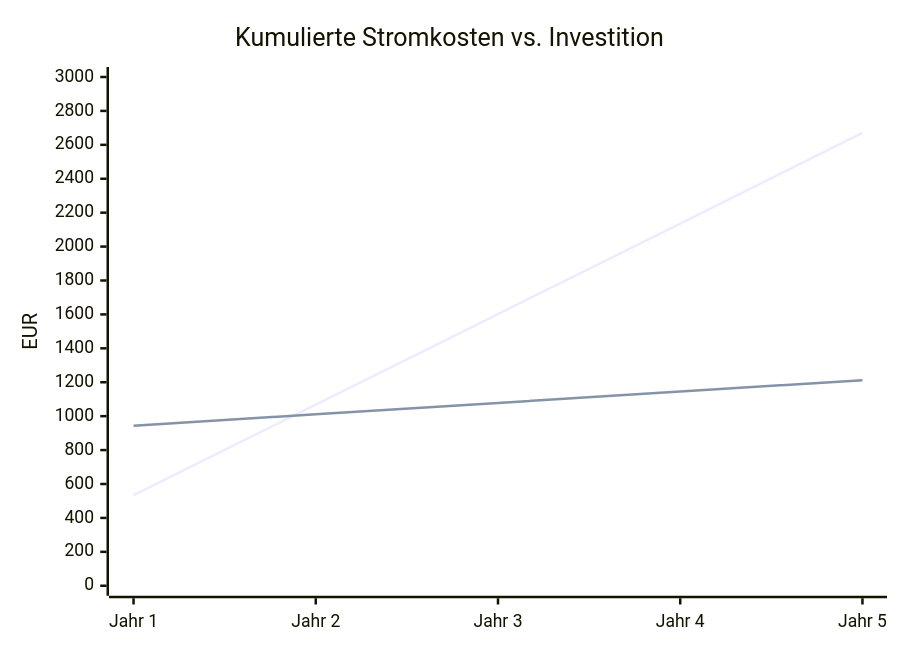
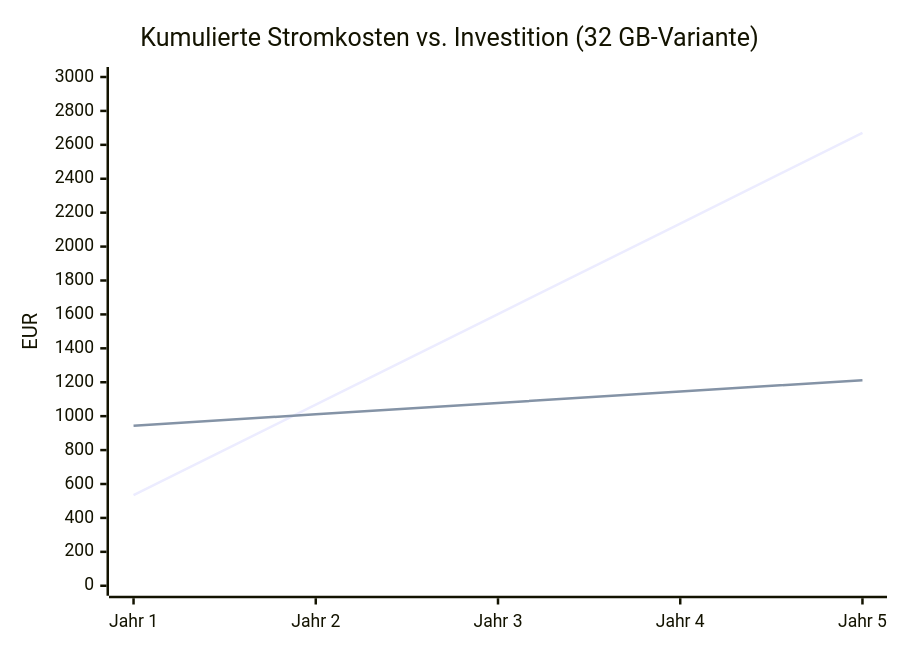
One commit to icepaule/esxi2proxmox changed the fourth of 10 diagrams in docs/05-einsparungen.md. Above: the diagram before and after it, drawn with Mermaid. The commit also changed other lines of this file and 3 other files, not shown here.

````diff
--- a/docs/05-einsparungen.md
+++ b/docs/05-einsparungen.md
@@ -109,8 +111,8 @@
 ```mermaid
 xychart-beta
-    title "Kumulierte Stromkosten vs. Investition"
+    title "Kumulierte Stromkosten vs. Investition (32 GB-Variante)"
     x-axis ["Jahr 1", "Jahr 2", "Jahr 3", "Jahr 4", "Jahr 5"]
     y-axis "EUR" 0 --> 3000
     line [534, 1068, 1602, 2136, 2670]
     line [944, 1011, 1078, 1145, 1212]
 ```
````
